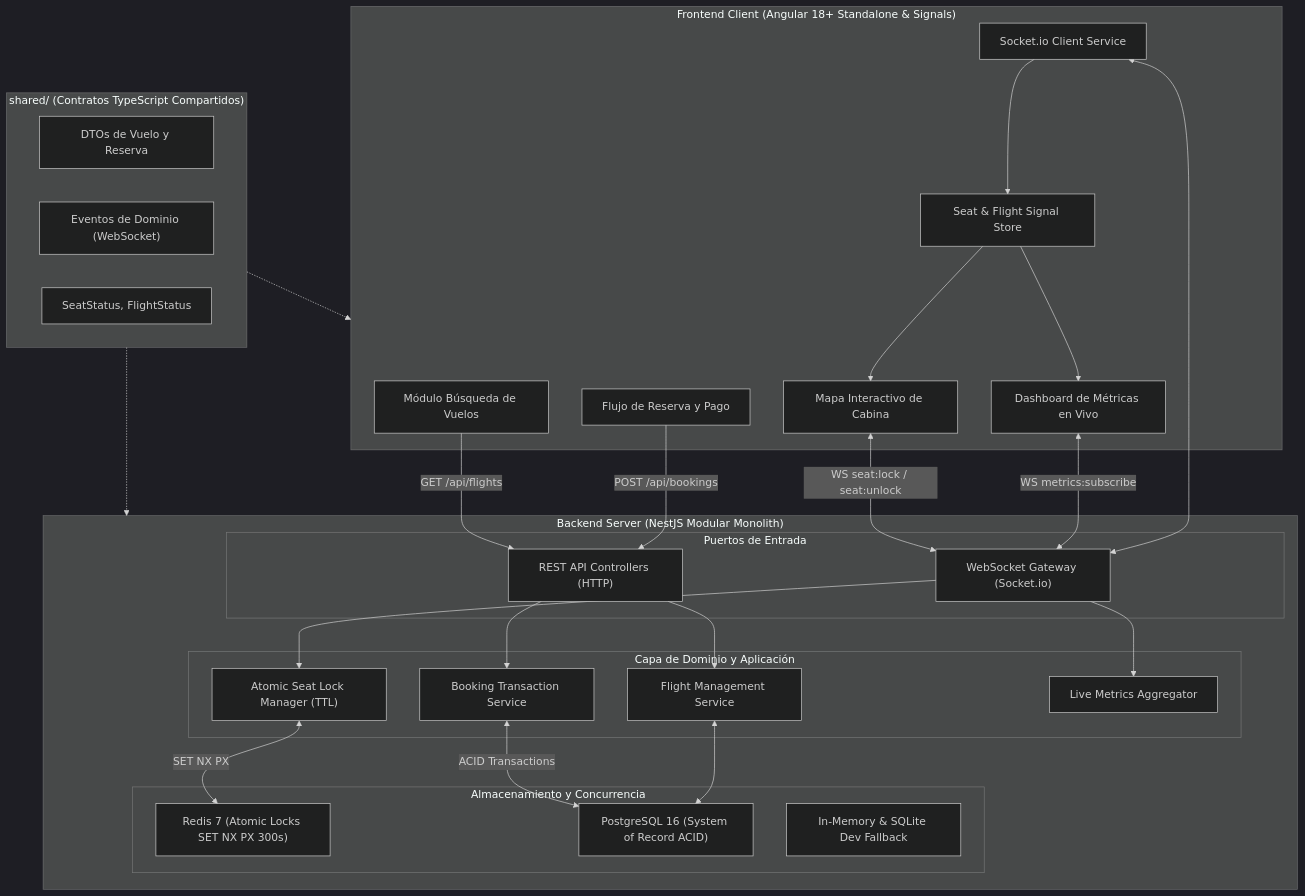
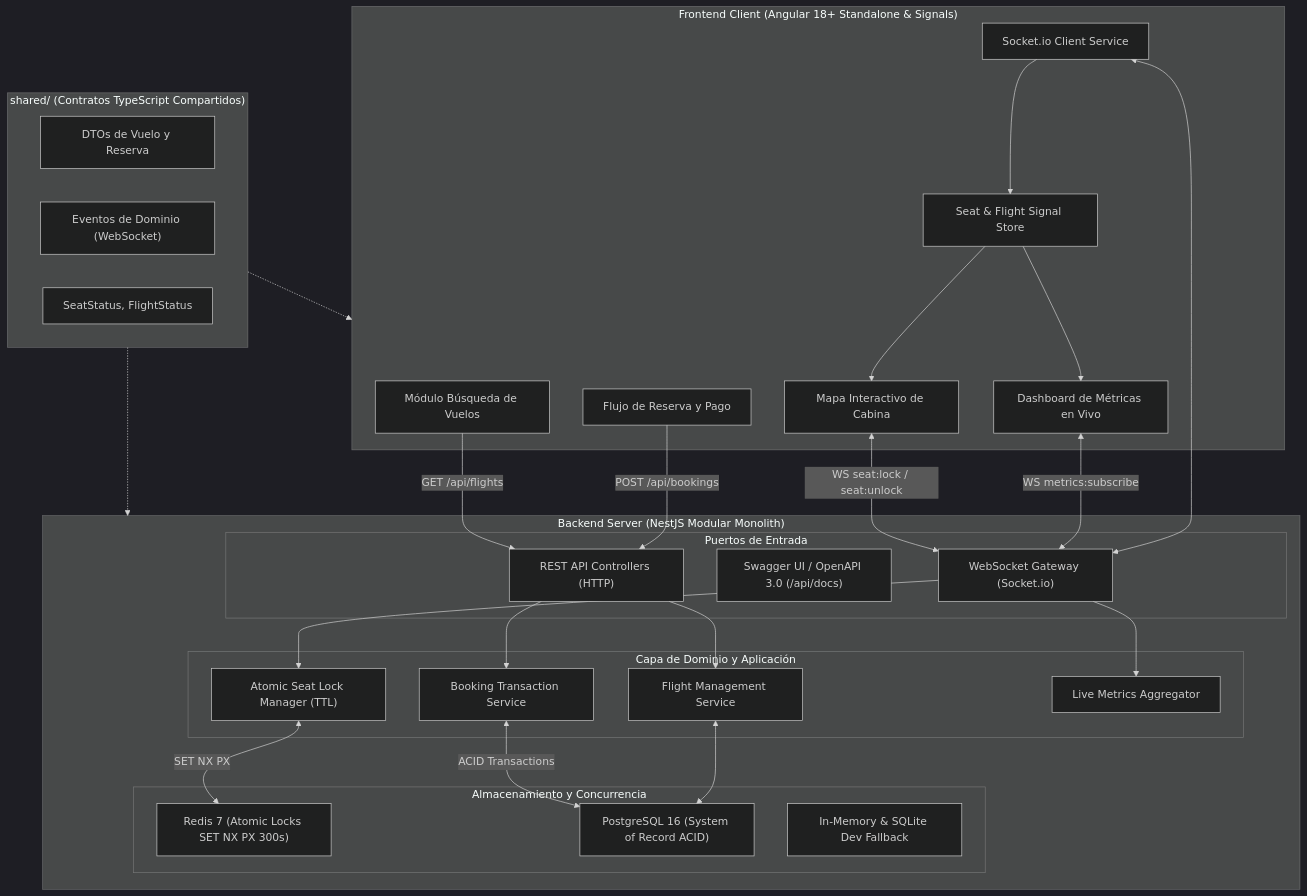
The diagram in docs/architecture.md (Mosquetero90/davivienda-air-flight-reservations), drawn with Mermaid (dark theme) before and after one commit. The commit also changed 6 other files, not shown here.

````diff
--- a/docs/architecture.md
+++ b/docs/architecture.md
@@ -11,60 +11,61 @@
 ```mermaid
 flowchart TD
     subgraph Frontend["Frontend Client (Angular 18+ Standalone & Signals)"]
         UI_Search["Módulo Búsqueda de Vuelos"]
         UI_Cabin["Mapa Interactivo de Cabina"]
         UI_Checkout["Flujo de Reserva y Pago"]
         UI_Dashboard["Dashboard de Métricas en Vivo"]
         WS_Service["Socket.io Client Service"]
         Signal_Store["Seat & Flight Signal Store"]
     end
 
     subgraph Shared["shared/ (Contratos TypeScript Compartidos)"]
         DTOs["DTOs de Vuelo y Reserva"]
         Events["Eventos de Dominio (WebSocket)"]
         Enums["SeatStatus, FlightStatus"]
     end
 
     subgraph Backend["Backend Server (NestJS Modular Monolith)"]
         subgraph Ports["Puertos de Entrada"]
             REST_Ctrl["REST API Controllers (HTTP)"]
+            Swagger_UI["Swagger UI / OpenAPI 3.0 (/api/docs)"]
             WS_Gateway["WebSocket Gateway (Socket.io)"]
         end
 
         subgraph Core["Capa de Dominio y Aplicación"]
             FlightService["Flight Management Service"]
             SeatLockManager["Atomic Seat Lock Manager (TTL)"]
             BookingService["Booking Transaction Service"]
             MetricsService["Live Metrics Aggregator"]
         end
 
         subgraph Persistence["Almacenamiento y Concurrencia"]
             RedisStore["Redis 7 (Atomic Locks SET NX PX 300s)"]
             PostgresDB["PostgreSQL 16 (System of Record ACID)"]
             LocalFallback["In-Memory & SQLite Dev Fallback"]
         end
     end
 
     %% Relaciones
     UI_Search -->|GET /api/flights| REST_Ctrl
     UI_Cabin <-->|WS seat:lock / seat:unlock| WS_Gateway
     UI_Checkout -->|POST /api/bookings| REST_Ctrl
     UI_Dashboard <-->|WS metrics:subscribe| WS_Gateway
 
     WS_Service <--> WS_Gateway
     WS_Service --> Signal_Store
     Signal_Store --> UI_Cabin
     Signal_Store --> UI_Dashboard
 
     REST_Ctrl --> FlightService
     REST_Ctrl --> BookingService
     WS_Gateway --> SeatLockManager
     WS_Gateway --> MetricsService
 
     SeatLockManager <-->|SET NX PX| RedisStore
     BookingService <-->|ACID Transactions| PostgresDB
     FlightService <--> PostgresDB
 
     Shared -.-> Frontend
     Shared -.-> Backend
 ```
````
